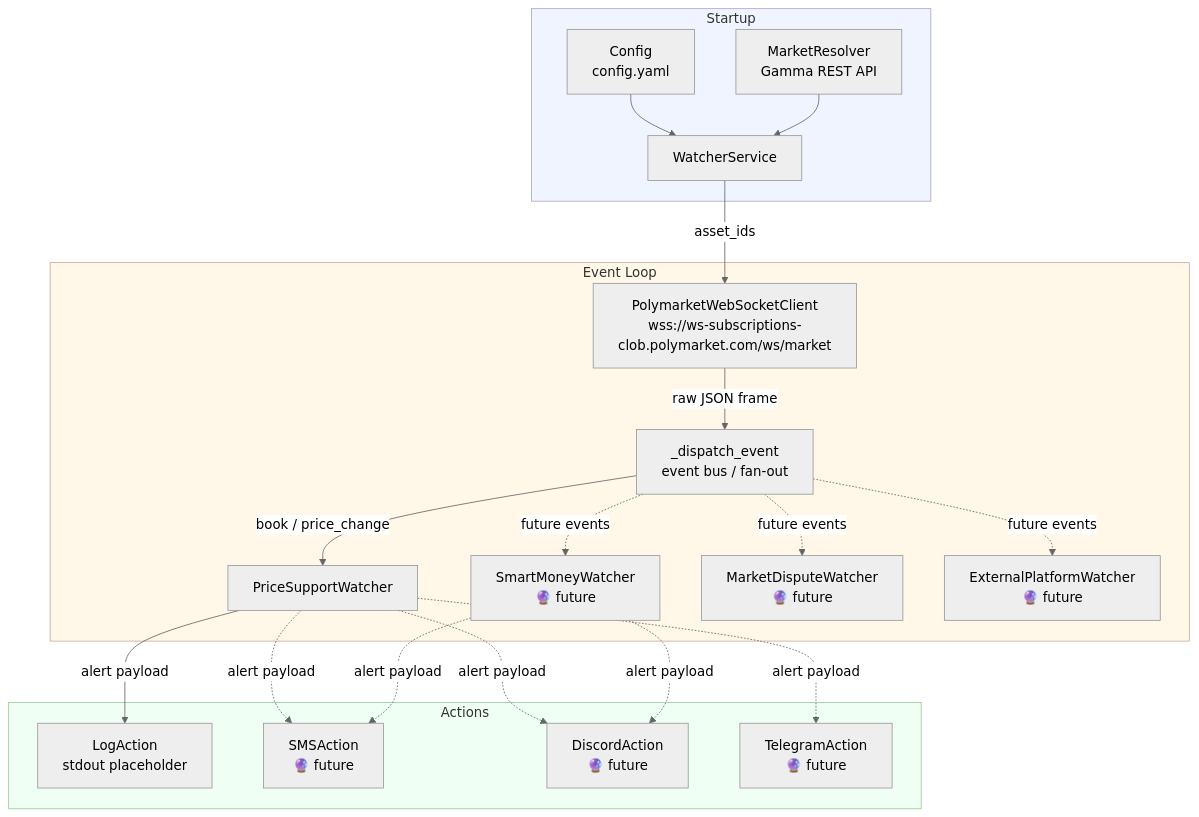
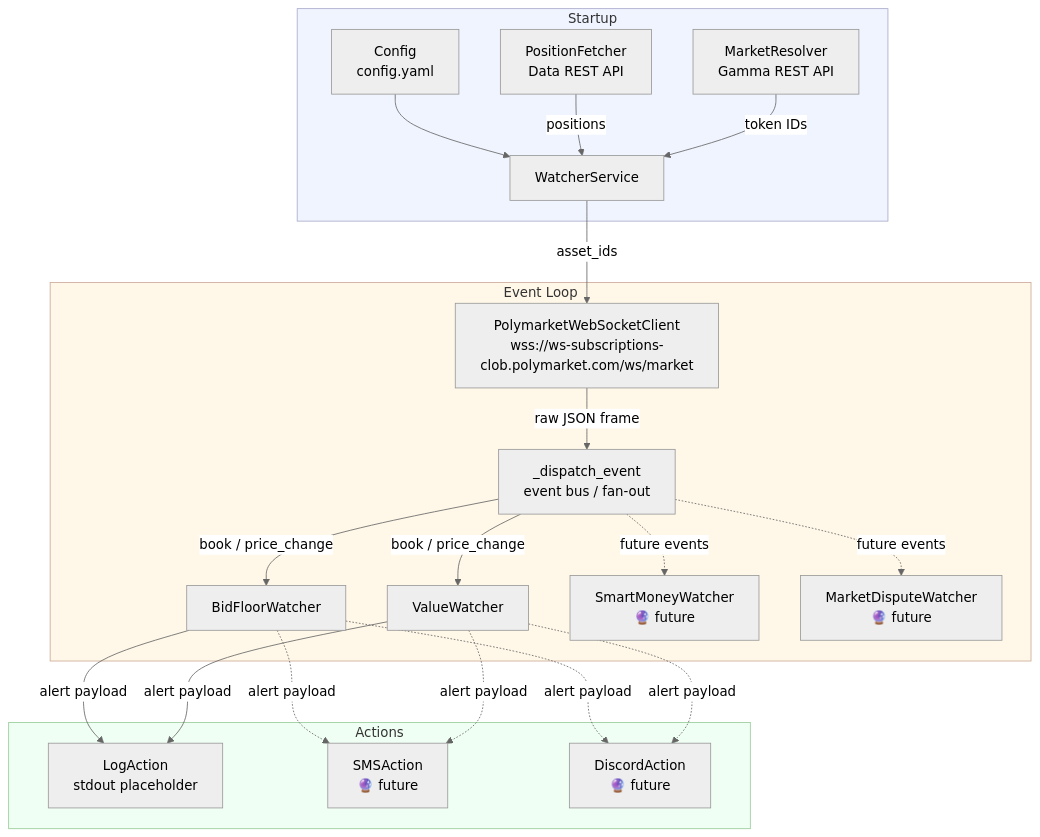
The diagram in docs/architecture.md (Billthekidz/symmetrical-carnival), drawn with Mermaid (neutral theme) before and after one commit. The commit also changed other lines of this file and 3 other files, not shown here.

First line of the commit message:
[documentation] Update docs for BidFloorWatcher, ValueWatcher, and position auto-discovery

````diff
--- a/docs/architecture.md
+++ b/docs/architecture.md
@@ -9,30 +9,31 @@
 ```mermaid
 flowchart TD
     subgraph startup["Startup"]
         CFG[Config\nconfig.yaml] --> SVC[WatcherService]
-        MR[MarketResolver\nGamma REST API] --> SVC
+        PF[PositionFetcher\nData REST API] -->|positions| SVC
+        MR[MarketResolver\nGamma REST API] -->|token IDs| SVC
     end
 
     SVC -->|asset_ids| WS[PolymarketWebSocketClient\nwss://ws-subscriptions-clob.polymarket.com/ws/market]
 
     subgraph event_loop["Event Loop"]
         WS -->|raw JSON frame| DISPATCH[_dispatch_event\nevent bus / fan-out]
-        DISPATCH -->|book / price_change| PSW[PriceSupportWatcher]
+        DISPATCH -->|book / price_change| BFW[BidFloorWatcher]
+        DISPATCH -->|book / price_change| VW[ValueWatcher]
         DISPATCH -.->|future events| FW1[SmartMoneyWatcher\n🔮 future]
         DISPATCH -.->|future events| FW2[MarketDisputeWatcher\n🔮 future]
-        DISPATCH -.->|future events| FW3[ExternalPlatformWatcher\n🔮 future]
     end
 
     subgraph actions["Actions"]
-        PSW -->|alert payload| LA[LogAction\nstdout placeholder]
-        PSW -.->|alert payload| FA1[SMSAction\n🔮 future]
-        PSW -.->|alert payload| FA2[DiscordAction\n🔮 future]
-        PSW -.->|alert payload| FA3[TelegramAction\n🔮 future]
-        FW1 -.->|alert payload| FA1
-        FW1 -.->|alert payload| FA2
+        BFW -->|alert payload| LA[LogAction\nstdout placeholder]
+        VW -->|alert payload| LA
+        BFW -.->|alert payload| FA1[SMSAction\n🔮 future]
+        BFW -.->|alert payload| FA2[DiscordAction\n🔮 future]
+        VW -.->|alert payload| FA1
+        VW -.->|alert payload| FA2
     end
 
     style startup fill:#f0f4ff,stroke:#aac
     style event_loop fill:#fff8e8,stroke:#ca9
     style actions fill:#f0fff4,stroke:#9c9
 ```
````
